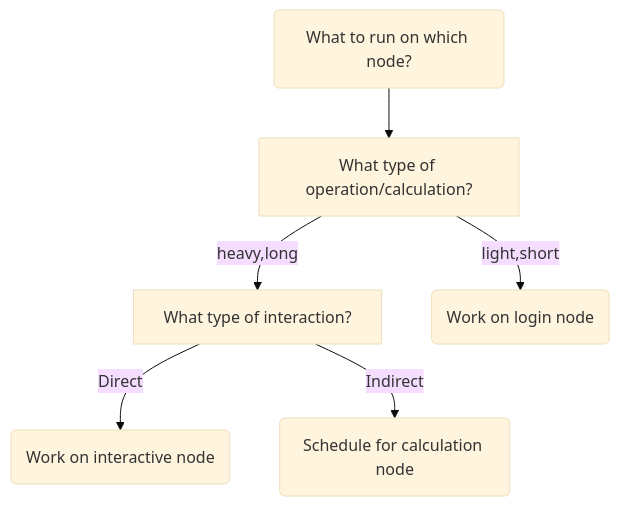
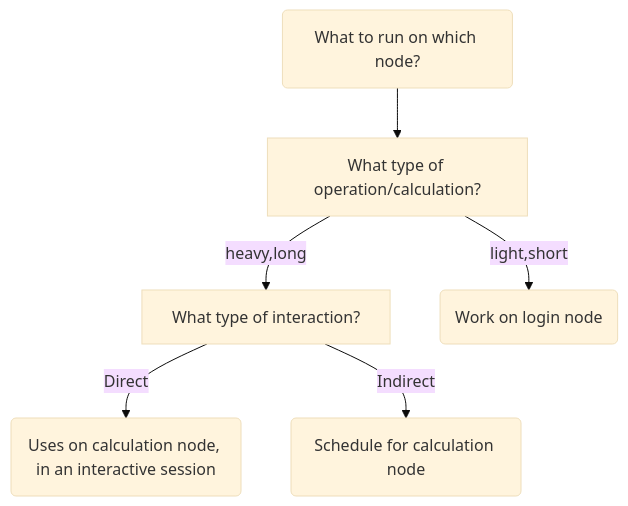
The second of 2 diagrams in docs/cluster_guides/login_node.md (UPPMAX/UPPMAX-documentation), drawn with Mermaid (base theme) before and after one commit. The commit also changed other lines of this file and 27 other files, not shown here.

Commit message:
There is no such thing as an interactive node

````diff
--- a/docs/cluster_guides/login_node.md
+++ b/docs/cluster_guides/login_node.md
@@ -67,15 +67,15 @@
 ```mermaid
 flowchart TD
     UPPMAX(What to run on which node?)
     operation_type[What type of operation/calculation?]
     interaction_type[What type of interaction?]
     login_node(Work on login node)
-    interactive_node(Work on interactive node)
+    interactive_node(Uses on calculation node, in an interactive session)
     calculation_node(Schedule for calculation node)
 
     UPPMAX-->operation_type
     operation_type-->|light,short|login_node
     operation_type-->|heavy,long|interaction_type
     interaction_type-->|Direct|interactive_node
     interaction_type-->|Indirect|calculation_node
 ```
````
